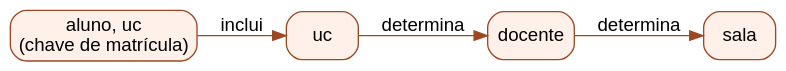
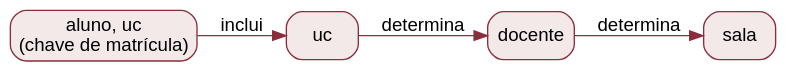
The diagram in src/content/lbaw/dependencias.dot (rodrgds/resumos), drawn with Graphviz before and after one commit. The commit also changed 4 other files, not shown here.

Commit message:
Manter o contraste do texto dos diagramas em fundos coloridos no modo escuro

```diff
--- a/src/content/lbaw/dependencias.dot
+++ b/src/content/lbaw/dependencias.dot
@@ -1,9 +1,9 @@
 digraph D {
  graph [rankdir=LR,bgcolor="transparent"];
- node [shape=box,fontname="Arial",style="rounded,filled",fillcolor="#fff1e9",color="#9c4825"];
- edge [color="#9c4825",fontname="Arial"];
+ node [shape=box,fontname="Arial",style="rounded,filled",fillcolor="#f3e9e9",color="#8c2d3b"];
+ edge [color="#8c2d3b",fontname="Arial"];
  aluno_uc [label="aluno, uc\n(chave de matrícula)"];
  uc [label="uc"]; docente [label="docente"]; sala [label="sala"];
  aluno_uc -> uc [label="inclui"];
  uc -> docente [label="determina"]; docente -> sala [label="determina"];
 }
```
